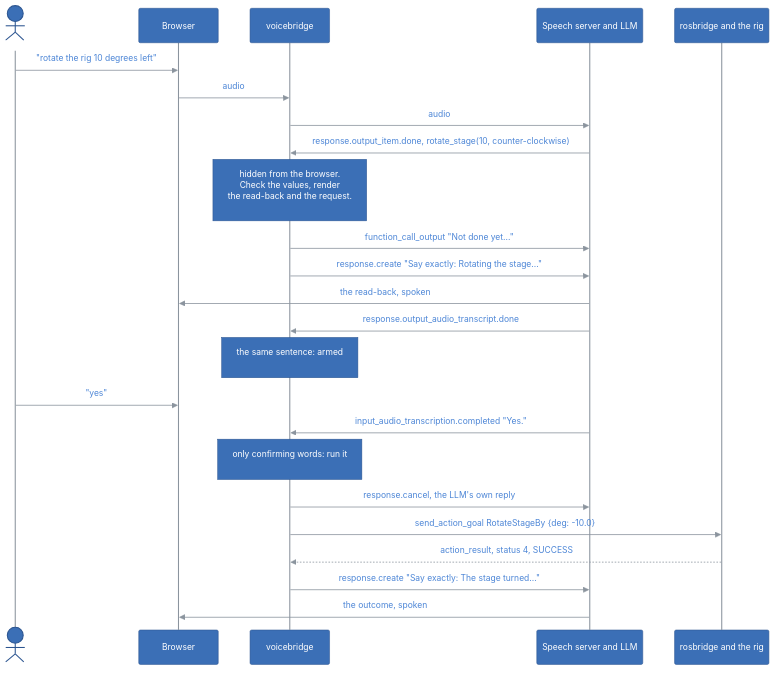
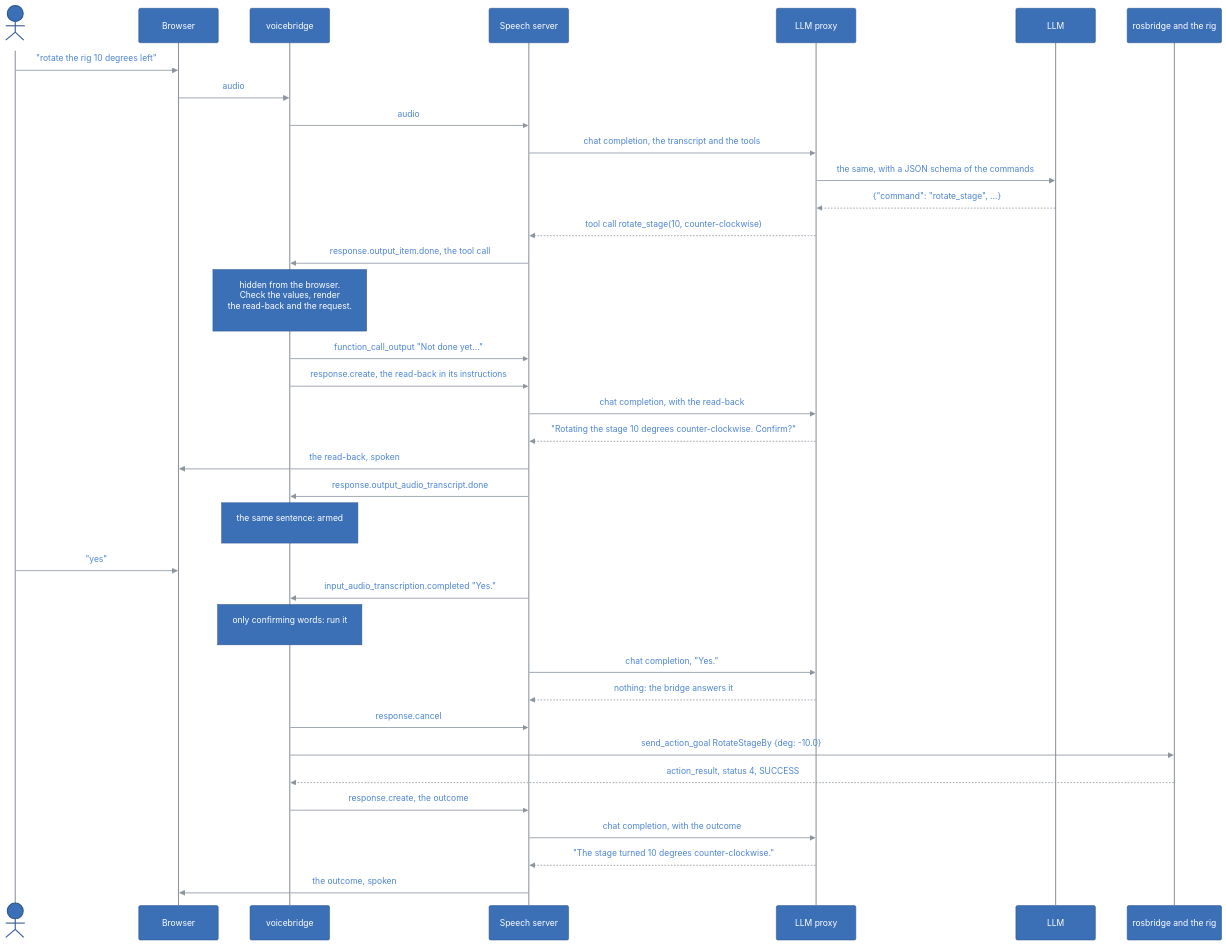
The second of 8 diagrams in docs/ARCHITECTURE.md (kineticsystem/stepit-speech), drawn with Mermaid before and after one commit. The commit also changed other lines of this file and 20 other files, not shown here.

First line of the commit message:
Rename to StepIt Speech; say the bridge's sentences through an LLM proxy

````diff
--- a/docs/ARCHITECTURE.md
+++ b/docs/ARCHITECTURE.md
@@ -200,25 +210,37 @@
     actor User
     participant Browser
     participant Bridge as voicebridge
-    participant Speech as Speech server and LLM
+    participant Speech as Speech server
+    participant Proxy as LLM proxy
+    participant LLM
     participant Rosbridge as rosbridge and the rig
 
     User ->> Browser: "rotate the rig 10 degrees left"
     Browser ->> Bridge: audio
     Bridge ->> Speech: audio
-    Speech ->> Bridge: response.output_item.done, rotate_stage(10, counter-clockwise)
+    Speech ->> Proxy: chat completion, the transcript and the tools
+    Proxy ->> LLM: the same, with a JSON schema of the commands
+    LLM -->> Proxy: {"command": "rotate_stage", ...}
+    Proxy -->> Speech: tool call rotate_stage(10, counter-clockwise)
+    Speech ->> Bridge: response.output_item.done, the tool call
     Note over Bridge: hidden from the browser.<br/>Check the values, render<br/>the read-back and the request.
     Bridge ->> Speech: function_call_output "Not done yet..."
-    Bridge ->> Speech: response.create "Say exactly: Rotating the stage..."
+    Bridge ->> Speech: response.create, the read-back in its instructions
+    Speech ->> Proxy: chat completion, with the read-back
+    Proxy -->> Speech: "Rotating the stage 10 degrees counter-clockwise. Confirm?"
     Speech ->> Browser: the read-back, spoken
     Speech ->> Bridge: response.output_audio_transcript.done
     Note over Bridge: the same sentence: armed
     User ->> Browser: "yes"
     Speech ->> Bridge: input_audio_transcription.completed "Yes."
     Note over Bridge: only confirming words: run it
-    Bridge ->> Speech: response.cancel, the LLM's own reply
+    Speech ->> Proxy: chat completion, "Yes."
+    Proxy -->> Speech: nothing: the bridge answers it
+    Bridge ->> Speech: response.cancel
     Bridge ->> Rosbridge: send_action_goal RotateStageBy {deg: -10.0}
     Rosbridge -->> Bridge: action_result, status 4, SUCCESS
-    Bridge ->> Speech: response.create "Say exactly: The stage turned..."
+    Bridge ->> Speech: response.create, the outcome
+    Speech ->> Proxy: chat completion, with the outcome
+    Proxy -->> Speech: "The stage turned 10 degrees counter-clockwise."
     Speech ->> Browser: the outcome, spoken
 ```
````
